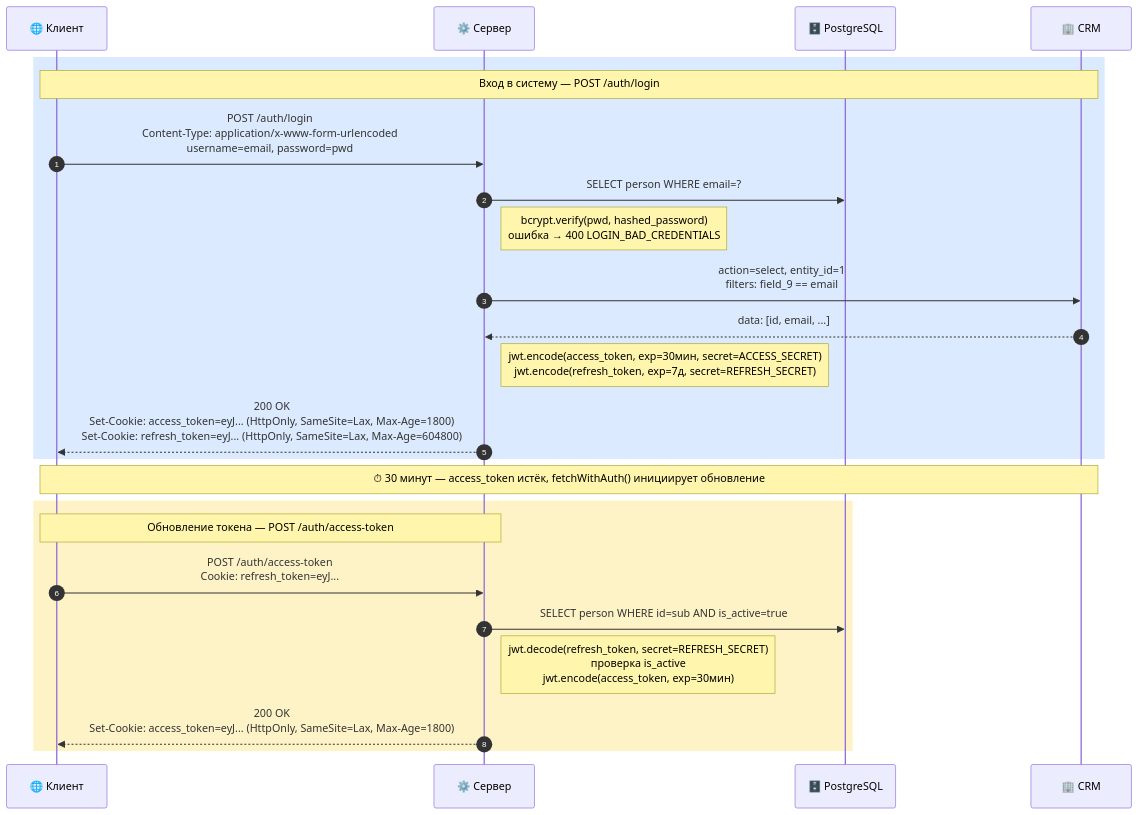
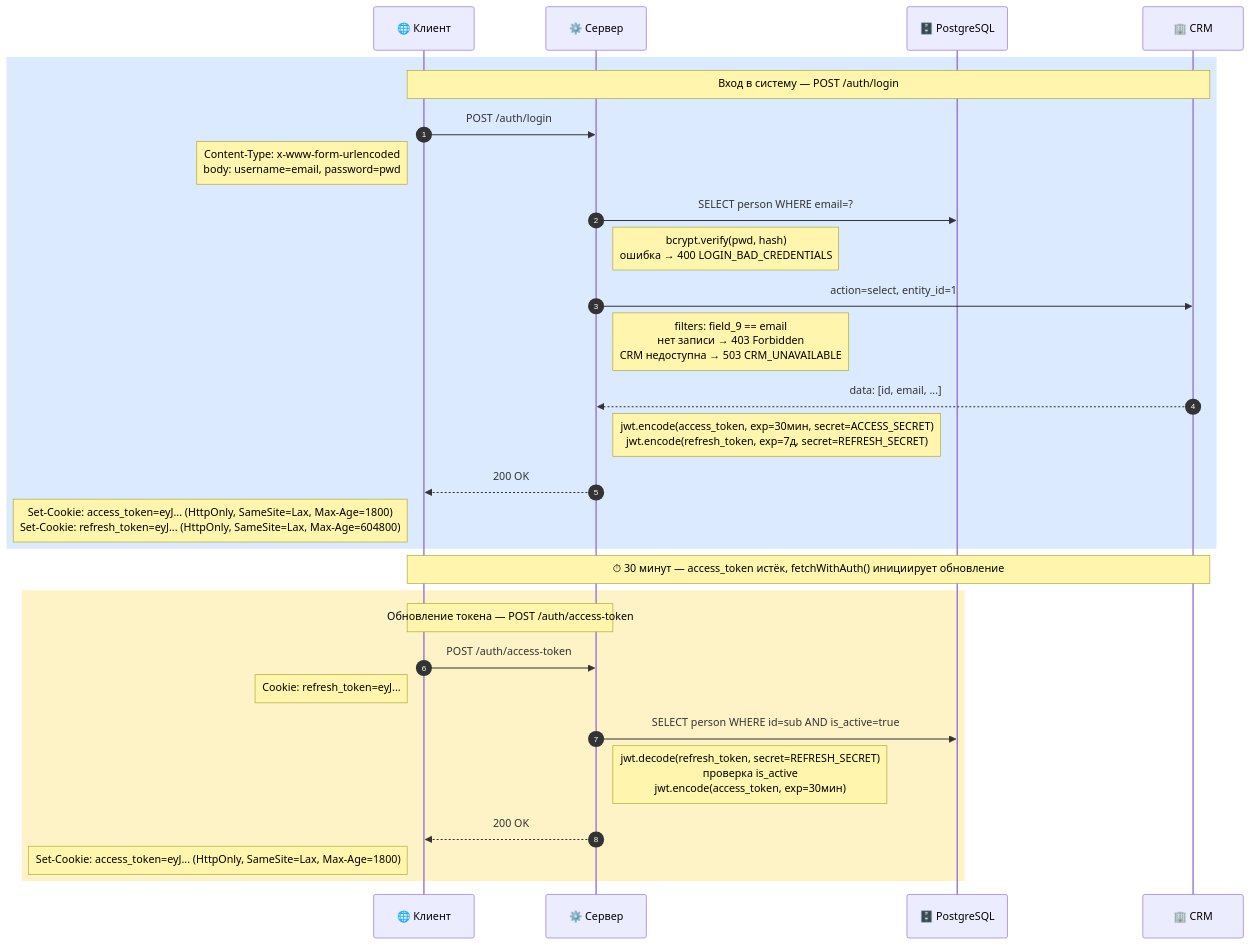
One commit to bodyauza/task-manager changed the second of 2 diagrams in README.md. Above: the diagram before and after it, drawn with Mermaid. The commit also changed other lines of this file, not shown here.

````diff
--- a/README.md
+++ b/README.md
@@ -162,29 +170,34 @@
 ```mermaid
 sequenceDiagram
     autonumber
     participant C as 🌐 Клиент
     participant S as ⚙️ Сервер
     participant D as 🗄️ PostgreSQL
     participant R as 🏢 CRM
 
     rect rgb(219, 234, 254)
         Note over C,R: Вход в систему — POST /auth/login
-        C->>S: POST /auth/login<br/>Content-Type: application/x-www-form-urlencoded<br/>username=email, password=pwd
+        C->>S: POST /auth/login
+        Note left of C: Content-Type: x-www-form-urlencoded<br/>body: username=email, password=pwd
         S->>D: SELECT person WHERE email=?
-        Note right of S: bcrypt.verify(pwd, hashed_password)<br/>ошибка → 400 LOGIN_BAD_CREDENTIALS
-        S->>R: action=select, entity_id=1<br/>filters: field_9 == email
+        Note right of S: bcrypt.verify(pwd, hash)<br/>ошибка → 400 LOGIN_BAD_CREDENTIALS
+        S->>R: action=select, entity_id=1
+        Note right of S: filters: field_9 == email<br/>нет записи → 403 Forbidden<br/>CRM недоступна → 503 CRM_UNAVAILABLE
         R-->>S: data: [id, email, ...]
         Note right of S: jwt.encode(access_token, exp=30мин, secret=ACCESS_SECRET)<br/>jwt.encode(refresh_token, exp=7д, secret=REFRESH_SECRET)
-        S-->>C: 200 OK<br/>Set-Cookie: access_token=eyJ... (HttpOnly, SameSite=Lax, Max-Age=1800)<br/>Set-Cookie: refresh_token=eyJ... (HttpOnly, SameSite=Lax, Max-Age=604800)
+        S-->>C: 200 OK
+        Note left of C: Set-Cookie: access_token=eyJ... (HttpOnly, SameSite=Lax, Max-Age=1800)<br/>Set-Cookie: refresh_token=eyJ... (HttpOnly, SameSite=Lax, Max-Age=604800)
     end
 
     Note over C,R: ⏱ 30 минут — access_token истёк, fetchWithAuth() инициирует обновление
 
     rect rgb(254, 243, 199)
         Note over C,S: Обновление токена — POST /auth/access-token
-        C->>S: POST /auth/access-token<br/>Cookie: refresh_token=eyJ...
+        C->>S: POST /auth/access-token
+        Note left of C: Cookie: refresh_token=eyJ...
         S->>D: SELECT person WHERE id=sub AND is_active=true
         Note right of S: jwt.decode(refresh_token, secret=REFRESH_SECRET)<br/>проверка is_active<br/>jwt.encode(access_token, exp=30мин)
-        S-->>C: 200 OK<br/>Set-Cookie: access_token=eyJ... (HttpOnly, SameSite=Lax, Max-Age=1800)
+        S-->>C: 200 OK
+        Note left of C: Set-Cookie: access_token=eyJ... (HttpOnly, SameSite=Lax, Max-Age=1800)
     end
 ```
````
